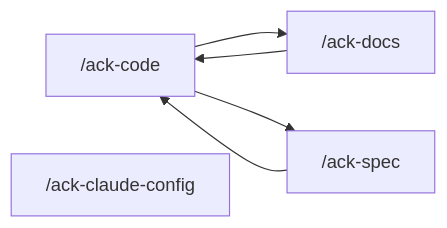
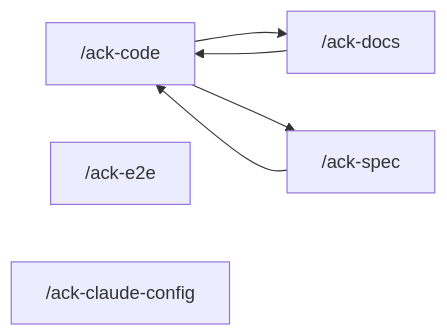
The diagram in .claude/CLAUDE.md (andrechristikan/ack-nestjs-boilerplate), drawn with Mermaid before and after one commit. The commit also changed other lines of this file and 4 other files, not shown here.

````diff
--- a/.claude/CLAUDE.md
+++ b/.claude/CLAUDE.md
@@ -103,8 +104,9 @@
 ```mermaid
 flowchart LR
   code["/ack-code"] --> docs["/ack-docs"]
   code --> spec["/ack-spec"]
   spec --> code
   docs --> code
+  e2e["/ack-e2e"]
   config["/ack-claude-config"]
 ```
````
